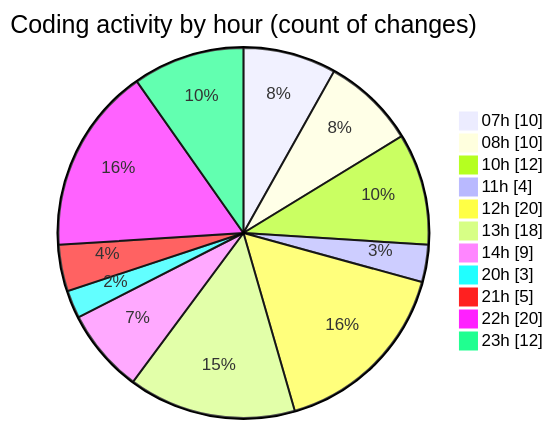
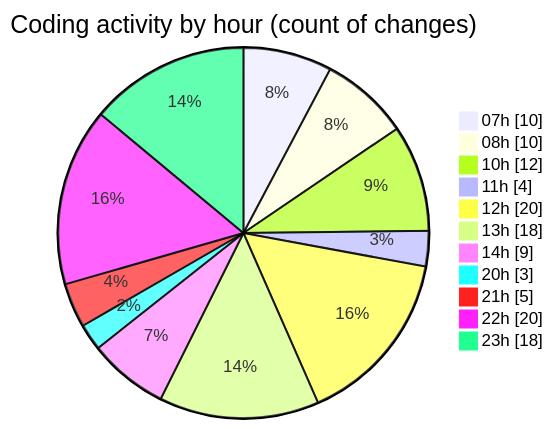
One commit to tmsrecording-cyber/code-tracking changed the second of 2 diagrams in 2026-02-08/singularitybrainai/README.md. Above: the diagram before and after it, drawn with Mermaid. The commit also changed other lines of this file and 1 other file, not shown here.

````diff
--- a/2026-02-08/singularitybrainai/README.md
+++ b/2026-02-08/singularitybrainai/README.md
@@ -49,15 +49,15 @@
 ```mermaid
 pie showData
 title Coding activity by hour (count of changes)
 "07h" : 10
 "08h" : 10
 "10h" : 12
 "11h" : 4
 "12h" : 20
 "13h" : 18
 "14h" : 9
 "20h" : 3
 "21h" : 5
 "22h" : 20
-"23h" : 12
+"23h" : 18
 ```
````
